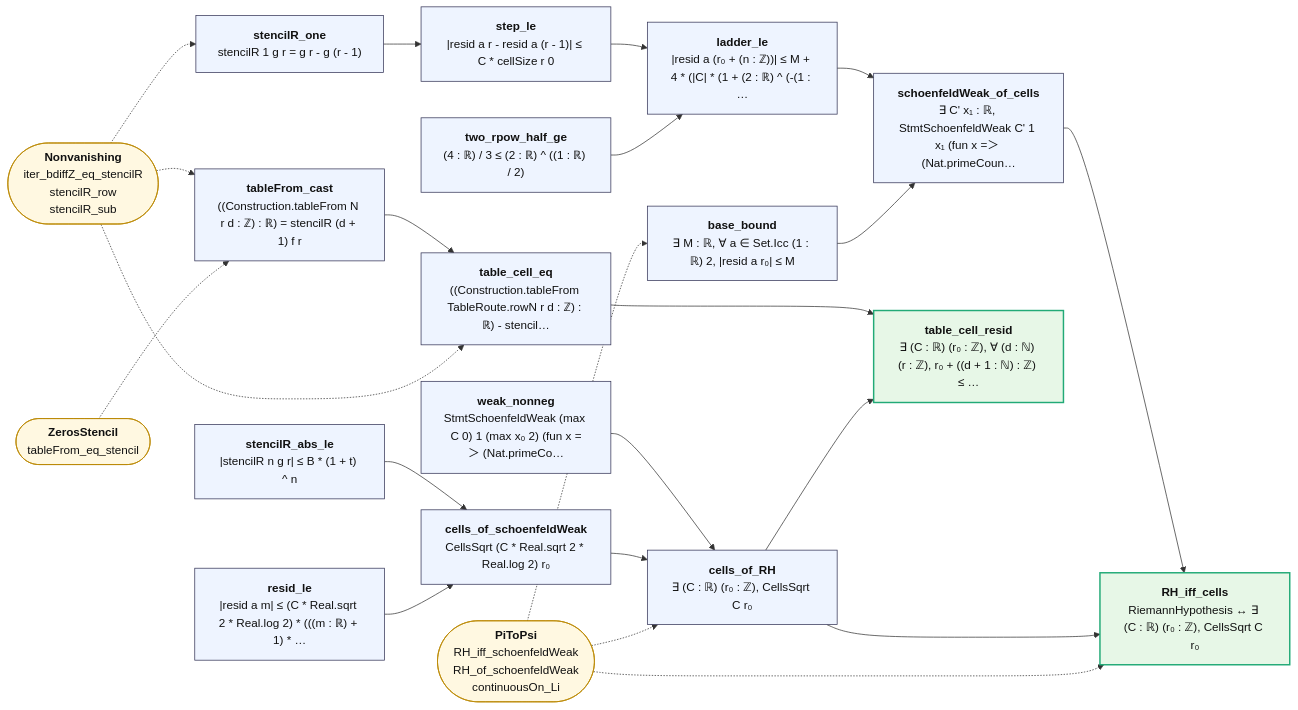
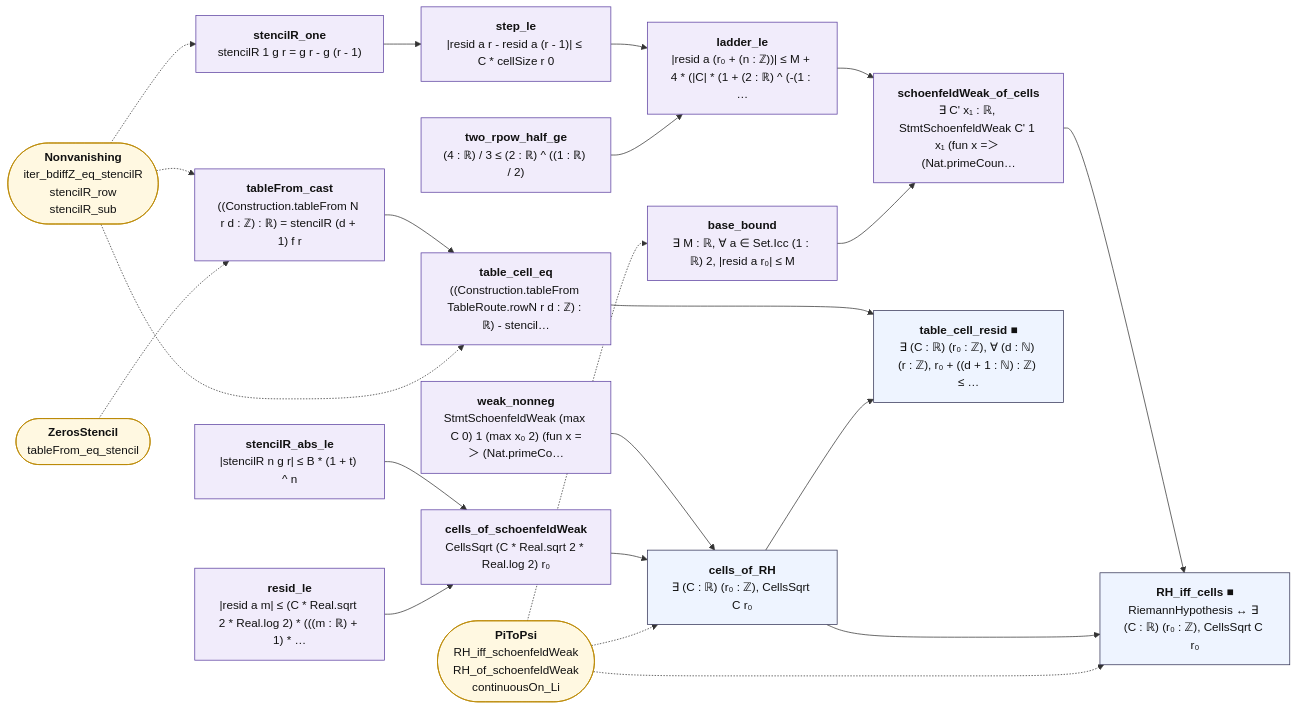
One commit to juliansambranojr/Primebeat_081426 changed the diagram in map/lean_stage3/CellResidual.md. Above: the diagram before and after it, drawn with Mermaid. The commit also changed other lines of this file and 398 other files, not shown here.

First line of the commit message:
map: the table first. Three layers from Lean's record of each proof and everything beneath it: counting (integers only), shape (analysis, no zeta), reads zeta; map/TABLE.md lists every counting theorem; the Riemann hypothesis is drawn as one reading at the edge

````diff
--- a/map/lean_stage3/CellResidual.md
+++ b/map/lean_stage3/CellResidual.md
@@ -12,47 +12,50 @@
 ```mermaid
 flowchart LR
-  n0["<b>stencilR_abs_le</b><br/>|stencilR n g r| ≤ B * (1 + t) ^ n"]:::thm
-  n1["<b>stencilR_one</b><br/>stencilR 1 g r = g r - g (r - 1)"]:::thm
-  n2["<b>weak_nonneg</b><br/>StmtSchoenfeldWeak (max C 0) 1 (max x₀ 2) (fun x =＞ (Nat.primeCo…"]:::thm
-  n3["<b>resid_le</b><br/>|resid a m| ≤ (C * Real.sqrt 2 * Real.log 2) * (((m : ℝ) + 1) * …"]:::thm
-  n4["<b>cells_of_schoenfeldWeak</b><br/>CellsSqrt (C * Real.sqrt 2 * Real.log 2) r₀"]:::thm
+  n0["<b>stencilR_abs_le</b><br/>|stencilR n g r| ≤ B * (1 + t) ^ n"]:::shp
+  n1["<b>stencilR_one</b><br/>stencilR 1 g r = g r - g (r - 1)"]:::shp
+  n2["<b>weak_nonneg</b><br/>StmtSchoenfeldWeak (max C 0) 1 (max x₀ 2) (fun x =＞ (Nat.primeCo…"]:::shp
+  n3["<b>resid_le</b><br/>|resid a m| ≤ (C * Real.sqrt 2 * Real.log 2) * (((m : ℝ) + 1) * …"]:::shp
+  n4["<b>cells_of_schoenfeldWeak</b><br/>CellsSqrt (C * Real.sqrt 2 * Real.log 2) r₀"]:::shp
   n5["<b>cells_of_RH</b><br/>∃ (C : ℝ) (r₀ : ℤ), CellsSqrt C r₀"]:::thm
-  n6["<b>step_le</b><br/>|resid a r - resid a (r - 1)| ≤ C * cellSize r 0"]:::thm
-  n7["<b>two_rpow_half_ge</b><br/>(4 : ℝ) / 3 ≤ (2 : ℝ) ^ ((1 : ℝ) / 2)"]:::thm
-  n8["<b>ladder_le</b><br/>|resid a (r₀ + (n : ℤ))| ≤ M + 4 * (|C| * (1 + (2 : ℝ) ^ (-(1 : …"]:::thm
-  n9["<b>base_bound</b><br/>∃ M : ℝ, ∀ a ∈ Set.Icc (1 : ℝ) 2, |resid a r₀| ≤ M"]:::thm
-  n10["<b>schoenfeldWeak_of_cells</b><br/>∃ C' x₁ : ℝ, StmtSchoenfeldWeak C' 1 x₁ (fun x =＞ (Nat.primeCoun…"]:::thm
-  n11["<b>RH_iff_cells</b><br/>RiemannHypothesis ↔ ∃ (C : ℝ) (r₀ : ℤ), CellsSqrt C r₀"]:::end_
-  n12["<b>tableFrom_cast</b><br/>((Construction.tableFrom N r d : ℤ) : ℝ) = stencilR (d + 1) f r"]:::thm
-  n13["<b>table_cell_eq</b><br/>((Construction.tableFrom TableRoute.rowN r d : ℤ) : ℝ) - stencil…"]:::thm
-  n14["<b>table_cell_resid</b><br/>∃ (C : ℝ) (r₀ : ℤ), ∀ (d : ℕ) (r : ℤ), r₀ + ((d + 1 : ℕ) : ℤ) ≤ …"]:::end_
+  n6["<b>step_le</b><br/>|resid a r - resid a (r - 1)| ≤ C * cellSize r 0"]:::shp
+  n7["<b>two_rpow_half_ge</b><br/>(4 : ℝ) / 3 ≤ (2 : ℝ) ^ ((1 : ℝ) / 2)"]:::shp
+  n8["<b>ladder_le</b><br/>|resid a (r₀ + (n : ℤ))| ≤ M + 4 * (|C| * (1 + (2 : ℝ) ^ (-(1 : …"]:::shp
+  n9["<b>base_bound</b><br/>∃ M : ℝ, ∀ a ∈ Set.Icc (1 : ℝ) 2, |resid a r₀| ≤ M"]:::shp
+  n10["<b>schoenfeldWeak_of_cells</b><br/>∃ C' x₁ : ℝ, StmtSchoenfeldWeak C' 1 x₁ (fun x =＞ (Nat.primeCoun…"]:::shp
+  n11["<b>RH_iff_cells ■</b><br/>RiemannHypothesis ↔ ∃ (C : ℝ) (r₀ : ℤ), CellsSqrt C r₀"]:::thm
+  n12["<b>tableFrom_cast</b><br/>((Construction.tableFrom N r d : ℤ) : ℝ) = stencilR (d + 1) f r"]:::shp
+  n13["<b>table_cell_eq</b><br/>((Construction.tableFrom TableRoute.rowN r d : ℤ) : ℝ) - stencil…"]:::shp
+  n14["<b>table_cell_resid ■</b><br/>∃ (C : ℝ) (r₀ : ℤ), ∀ (d : ℕ) (r : ℤ), r₀ + ((d + 1 : ℕ) : ℤ) ≤ …"]:::thm
   x0(["<b>Nonvanishing</b><br/>iter_bdiffZ_eq_stencilR<br/>stencilR_row<br/>stencilR_sub"]):::ext
   x1(["<b>PiToPsi</b><br/>RH_iff_schoenfeldWeak<br/>RH_of_schoenfeldWeak<br/>continuousOn_Li"]):::ext
   x2(["<b>ZerosStencil</b><br/>tableFrom_eq_stencil"]):::ext
   n0 --> n4
   n1 --> n6
   n10 --> n11
   n12 --> n13
   n13 --> n14
   n2 --> n5
   n3 --> n4
   n4 --> n5
   n5 --> n11
   n5 --> n14
   n6 --> n8
   n7 --> n8
   n8 --> n10
   n9 --> n10
   x0 -.-> n1
   x0 -.-> n12
   x0 -.-> n13
   x1 -.-> n11
   x1 -.-> n5
   x1 -.-> n9
   x2 -.-> n12
+  classDef cnt fill:#dff5ec,stroke:#17694a,color:#111
+  classDef shp fill:#f1ecfb,stroke:#5b3fa0,color:#111
+  classDef rh fill:#ffe5e5,stroke:#c22,color:#111,stroke-width:2px
   classDef thm fill:#eef4ff,stroke:#335,color:#111
   classDef end_ fill:#e7f7e7,stroke:#2a7,color:#111,stroke-width:2px
   classDef lone fill:#fff,stroke:#999,color:#111,stroke-dasharray:4 3
   classDef bad fill:#ffe5e5,stroke:#c22,color:#111,stroke-width:2px
   classDef ext fill:#fff8e1,stroke:#b80,color:#111
 ```
````
